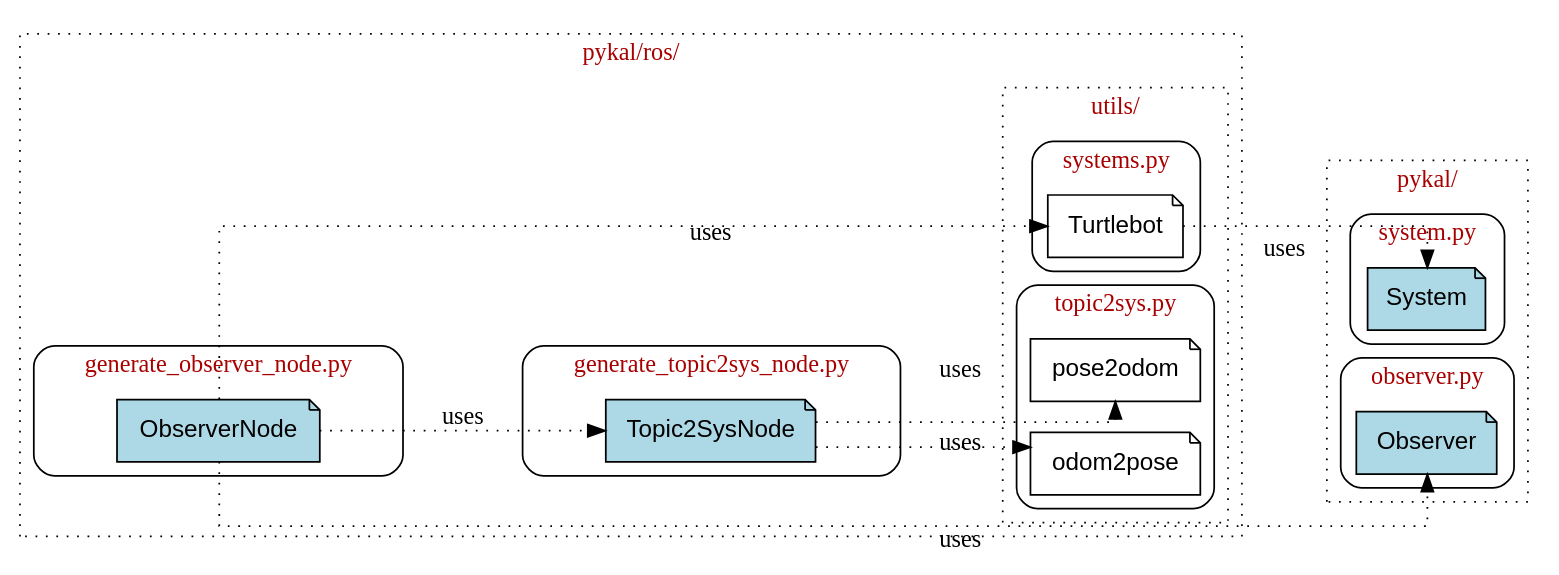
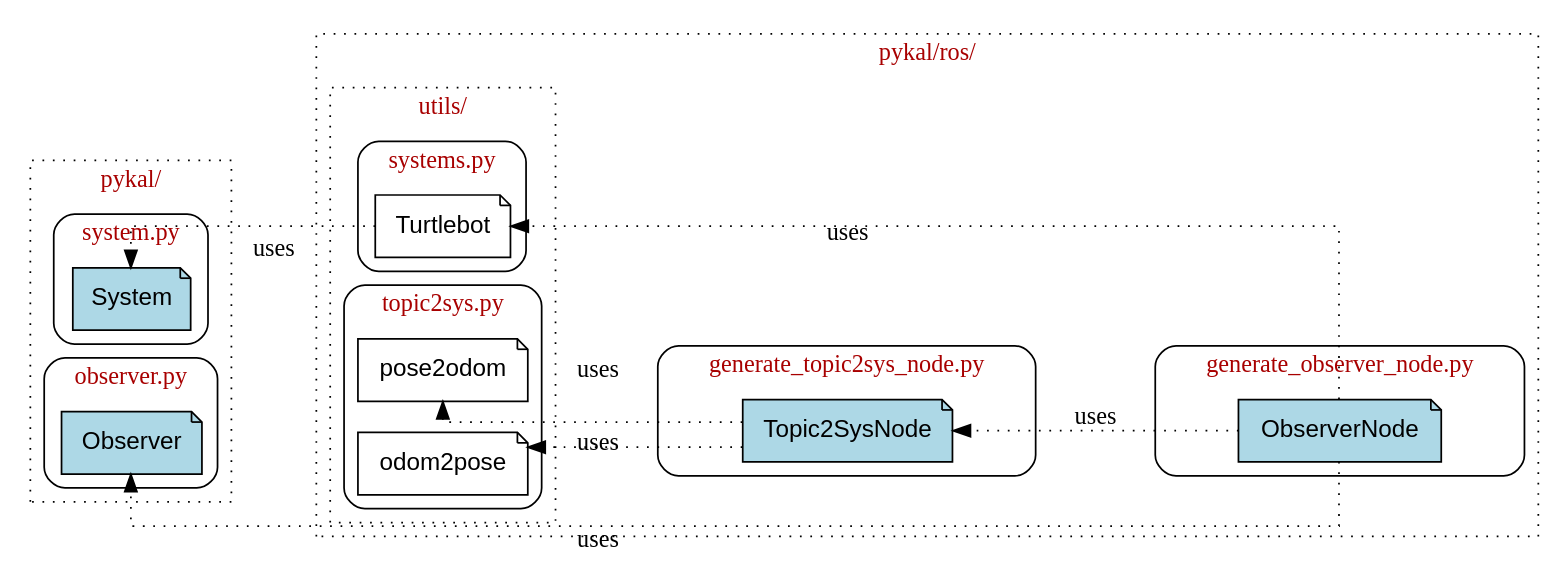
Before and after one commit to nehalsinghmangat/pykal: the second of 3 diagrams in docs/source/apiref/class_inheritance.rst, drawn with Graphviz. The commit also changed other lines of this file and 26 other files, not shown here.

```diff
--- a/docs/source/apiref/class_inheritance.rst
+++ b/docs/source/apiref/class_inheritance.rst
@@ -105,7 +133,7 @@
 
    digraph ClassInheritance {
      node [shape=box, fontname="Helvetica", style=filled, fillcolor=lightgray];
-     rankdir=LR;
+     rankdir=RL;
      splines=ortho;
 
      // pykal/ supercluster
```
